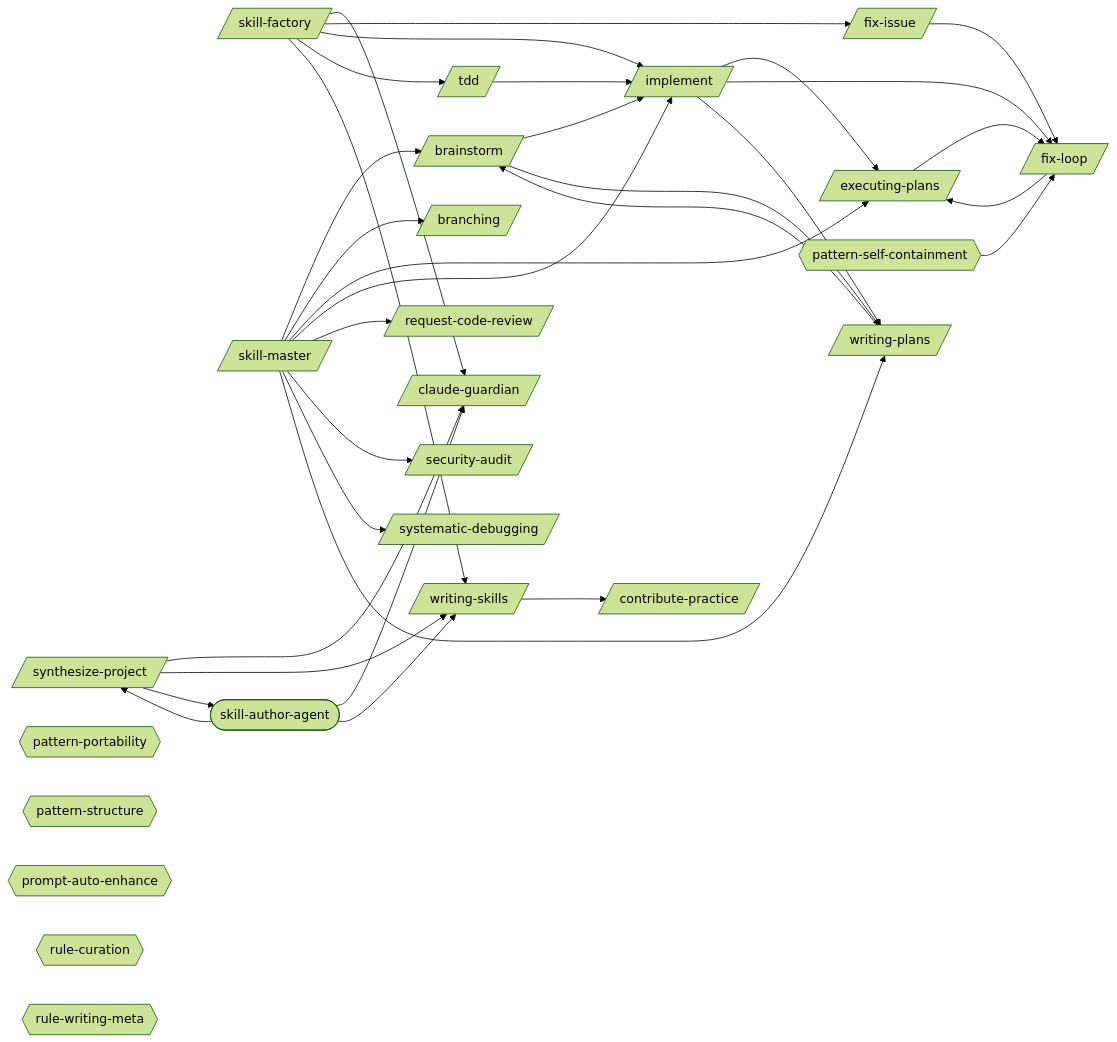
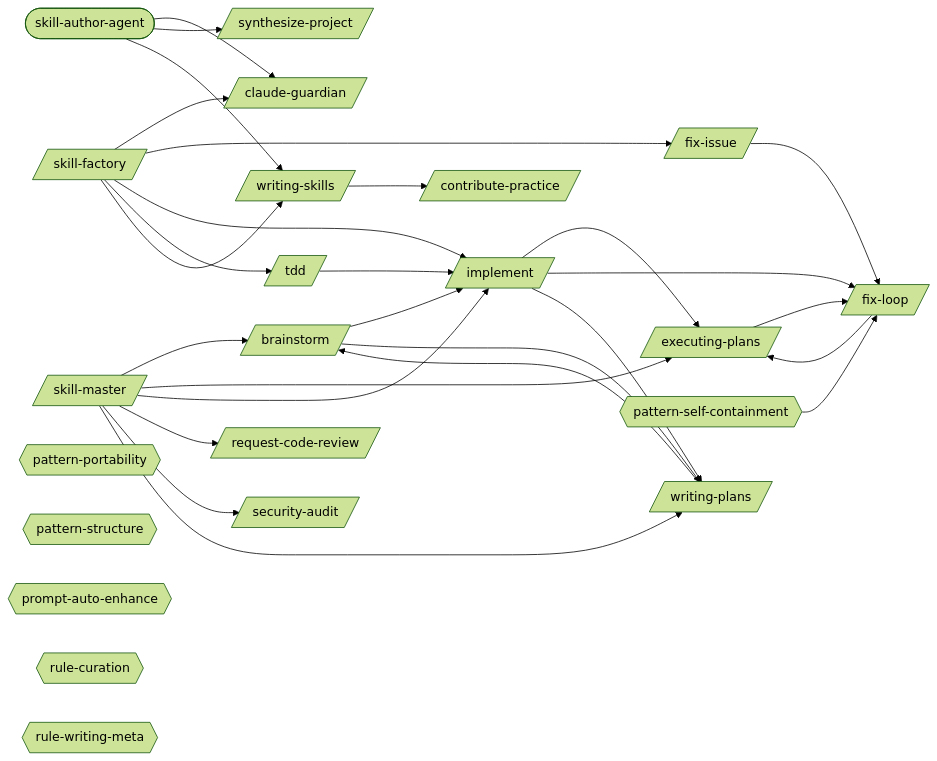
Before and after one commit to abhayla/claude-best-practices: the first of 2 diagrams in docs/workflows/skill-authoring.md, drawn with Mermaid (forest theme). The commit also changed other lines of this file and 11 other files, not shown here.

````diff
--- a/docs/workflows/skill-authoring.md
+++ b/docs/workflows/skill-authoring.md
@@ -9,58 +9,51 @@
 ```mermaid
 graph LR
     brainstorm[/brainstorm/]
-    branching[/branching/]
     claude_guardian[/claude-guardian/]
     contribute_practice[/contribute-practice/]
     executing_plans[/executing-plans/]
     fix_issue[/fix-issue/]
     fix_loop[/fix-loop/]
     implement[/implement/]
     request_code_review[/request-code-review/]
     security_audit[/security-audit/]
     skill_factory[/skill-factory/]
     skill_master[/skill-master/]
     synthesize_project[/synthesize-project/]
-    systematic_debugging[/systematic-debugging/]
     tdd[/tdd/]
     writing_plans[/writing-plans/]
     writing_skills[/writing-skills/]
     skill_author_agent([skill-author-agent])
     pattern_portability{{pattern-portability}}
     pattern_self_containment{{pattern-self-containment}}
     pattern_structure{{pattern-structure}}
     prompt_auto_enhance{{prompt-auto-enhance}}
     rule_curation{{rule-curation}}
     rule_writing_meta{{rule-writing-meta}}
     brainstorm --> implement
     brainstorm --> writing_plans
     executing_plans --> fix_loop
     fix_issue --> fix_loop
     fix_loop --> executing_plans
     implement --> executing_plans
     implement --> fix_loop
     implement --> writing_plans
     skill_factory --> claude_guardian
     skill_factory --> fix_issue
     skill_factory --> implement
     skill_factory --> tdd
     skill_factory --> writing_skills
     skill_master --> brainstorm
-    skill_master --> branching
     skill_master --> executing_plans
     skill_master --> implement
     skill_master --> request_code_review
     skill_master --> security_audit
-    skill_master --> systematic_debugging
     skill_master --> writing_plans
-    synthesize_project --> claude_guardian
-    synthesize_project --> writing_skills
-    synthesize_project --> skill_author_agent
     tdd --> implement
     writing_plans --> brainstorm
     writing_skills --> contribute_practice
     skill_author_agent --> claude_guardian
     skill_author_agent --> synthesize_project
     skill_author_agent --> writing_skills
     pattern_self_containment --> fix_loop
 ```
````
